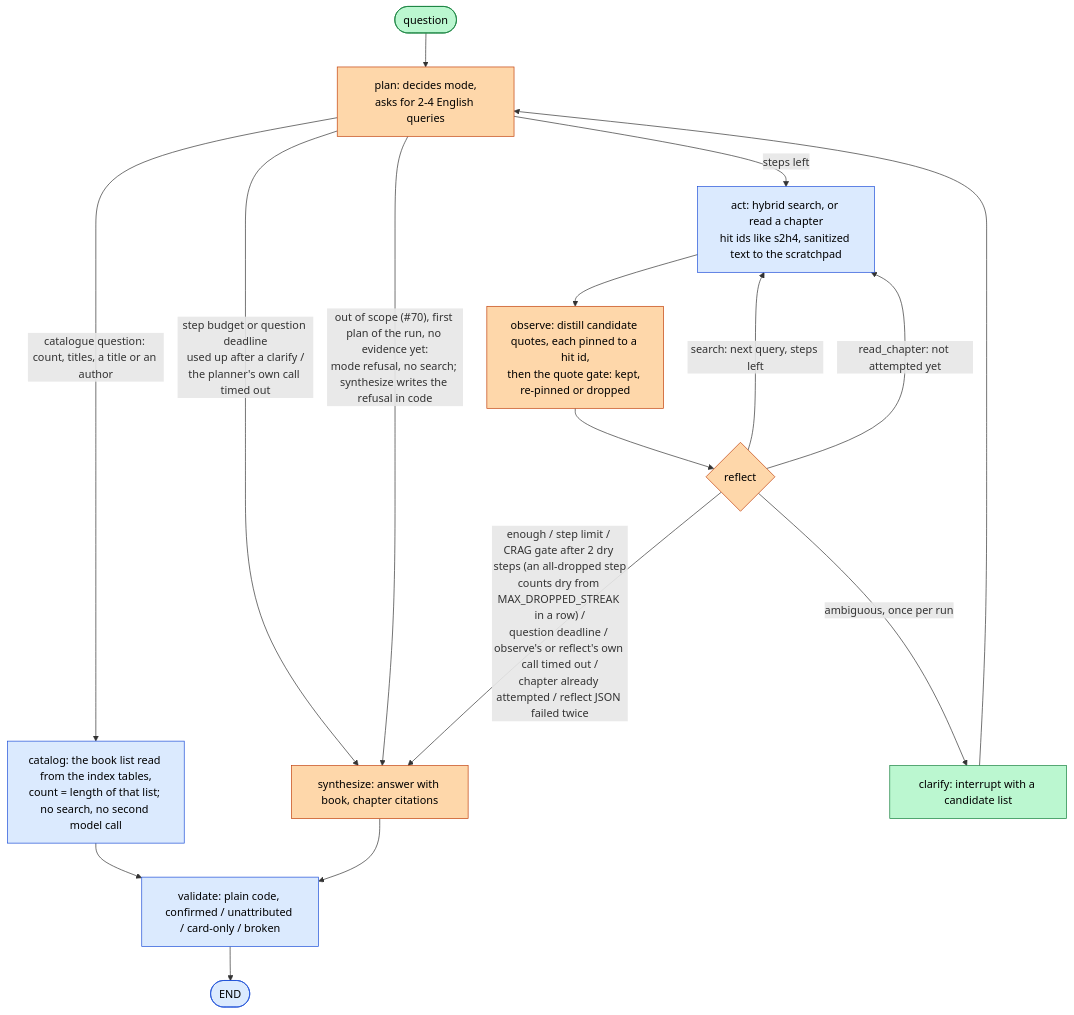
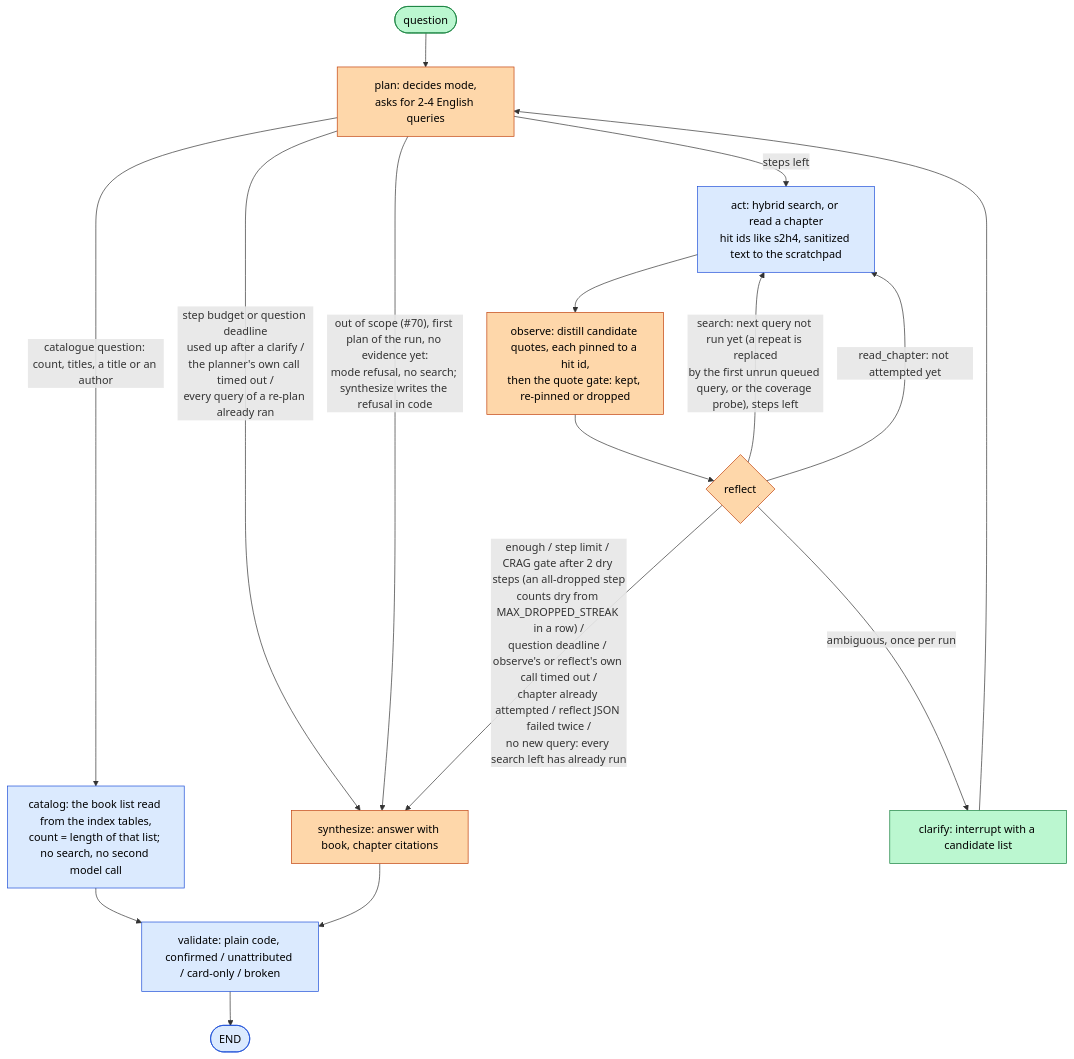
Before and after one commit to ievgen-borysenko/ask-your-library: the second of 2 diagrams in docs/architecture.md, drawn with Mermaid. The commit also changed other lines of this file and 7 other files, not shown here.

First line of the commit message:
eval, docs: record every search and the new passages per step; document #163

````diff
--- a/docs/architecture.md
+++ b/docs/architecture.md
@@ -61,21 +61,21 @@
 ```mermaid
 flowchart TD
     Q(["question"]):::human --> P["plan: decides mode,<br/>asks for 2-4 English queries"]:::ai
     P -->|"steps left"| A["act: hybrid search, or read a chapter<br/>hit ids like s2h4, sanitized text to the scratchpad"]:::code
-    P -->|"step budget or question deadline<br/>used up after a clarify /<br/>the planner's own call timed out"| S
+    P -->|"step budget or question deadline<br/>used up after a clarify /<br/>the planner's own call timed out /<br/>every query of a re-plan already ran"| S
     P -->|"out of scope (#70), first plan of the run, no evidence yet:<br/>mode refusal, no search; synthesize writes the refusal in code"| S
     P -->|"catalogue question: count, titles, a title or an author"| K["catalog: the book list read from the index tables,<br/>count = length of that list; no search, no second model call"]:::code
     K --> V
     A --> O["observe: distill candidate quotes, each pinned to a hit id,<br/>then the quote gate: kept, re-pinned or dropped"]:::ai
     O --> R{"reflect"}:::ai
-    R -->|"search: next query, steps left"| A
+    R -->|"search: next query not run yet (a repeat is replaced<br/>by the first unrun queued query, or the coverage probe), steps left"| A
     R -->|"read_chapter: not attempted yet"| A
     R -->|"ambiguous, once per run"| C["clarify: interrupt with a candidate list"]:::human
     C --> P
-    R -->|"enough / step limit / CRAG gate after 2 dry steps (an all-dropped step<br/>counts dry from MAX_DROPPED_STREAK in a row) /<br/>question deadline / observe's or reflect's own call timed out /<br/>chapter already attempted / reflect JSON failed twice"| S["synthesize: answer with book, chapter citations"]:::ai
+    R -->|"enough / step limit / CRAG gate after 2 dry steps (an all-dropped step<br/>counts dry from MAX_DROPPED_STREAK in a row) /<br/>question deadline / observe's or reflect's own call timed out /<br/>chapter already attempted / reflect JSON failed twice /<br/>no new query: every search left has already run"| S["synthesize: answer with book, chapter citations"]:::ai
     S --> V["validate: plain code, confirmed / unattributed / card-only / broken"]:::code
     V --> E(["END"]):::code
     classDef code fill:#dbeafe,stroke:#1d4ed8,color:#000
     classDef ai fill:#fed7aa,stroke:#c2410c,color:#000
     classDef human fill:#bbf7d0,stroke:#15803d,color:#000
 ```
````
